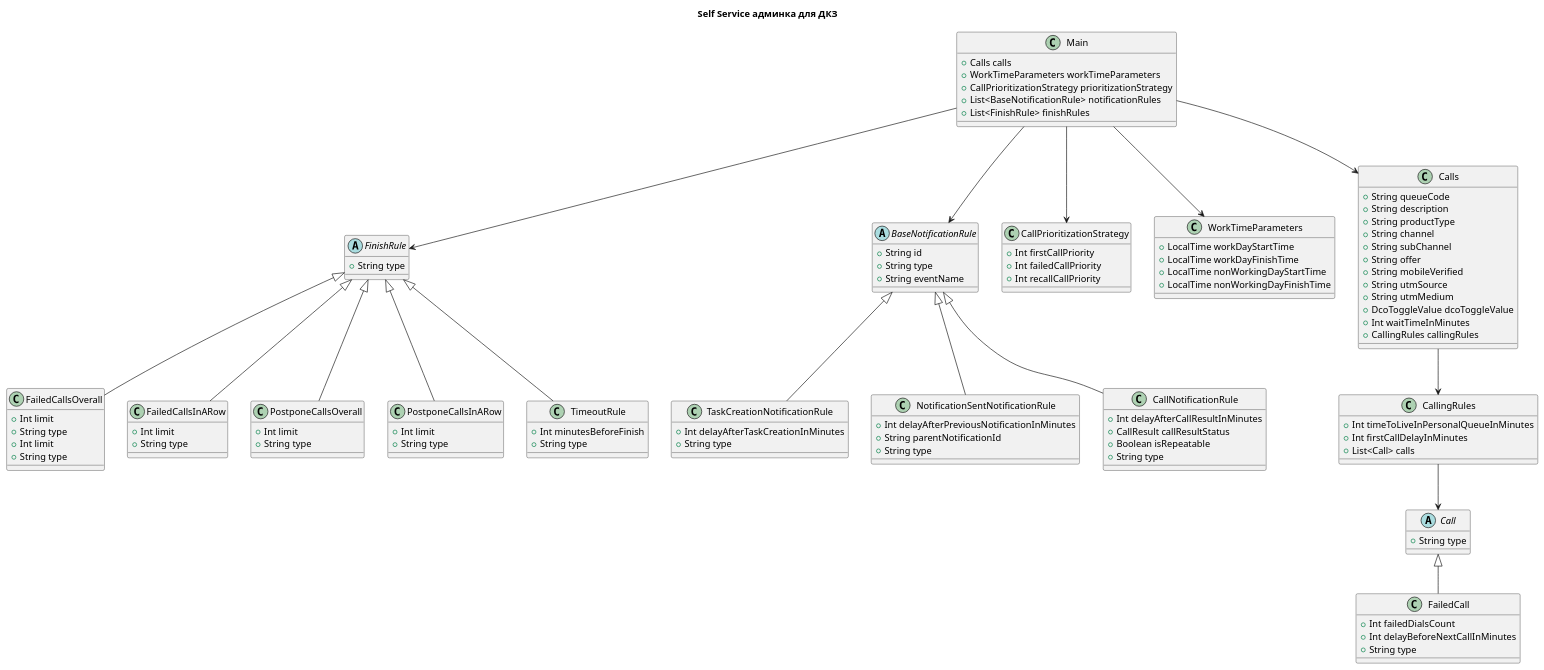
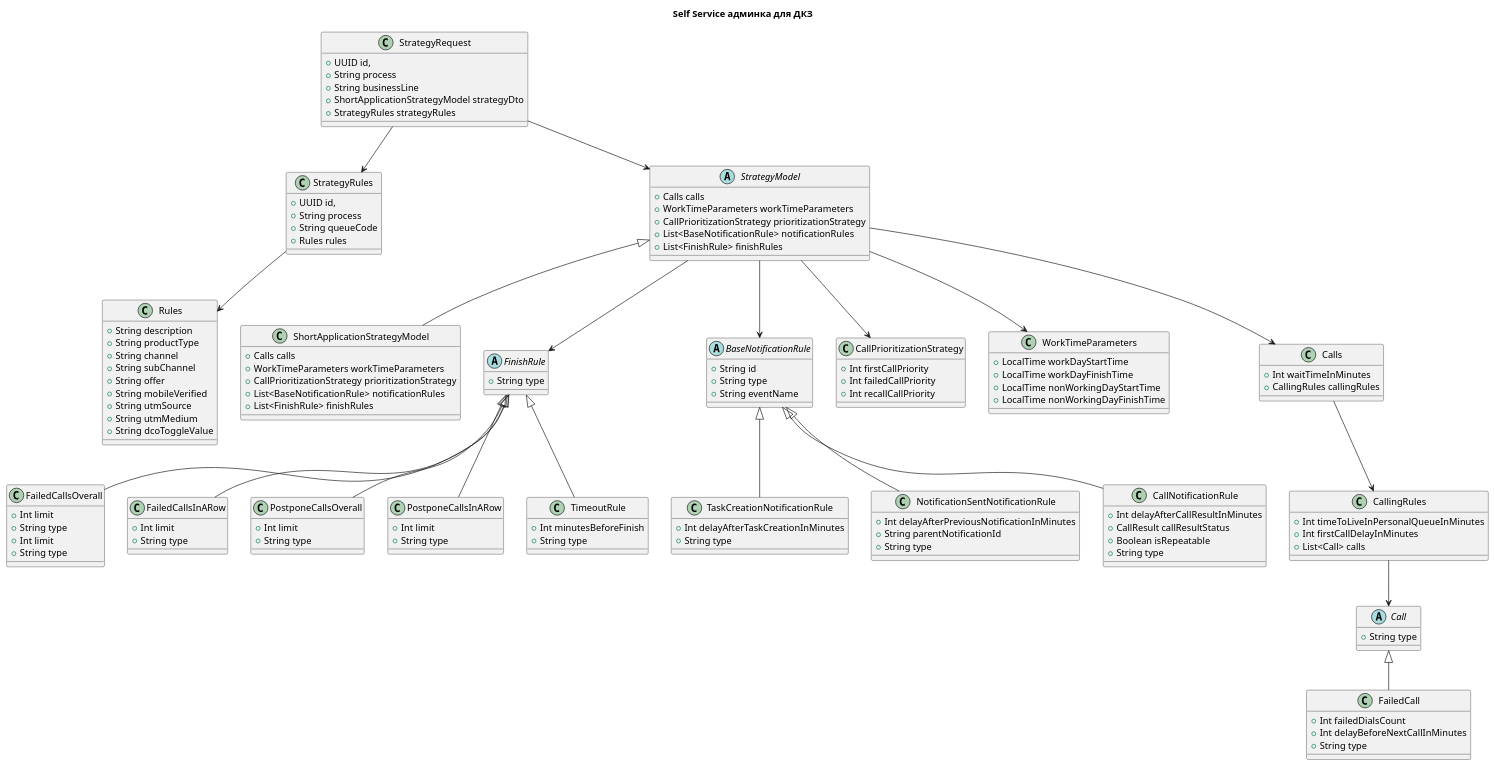
One commit to vladis62/yandex-asoftware-architect changed the diagram in sprint3/learning/DKZ_main.puml. Above: the diagram before and after it, drawn with PlantUML. The commit also changed 1 other file, not shown here.

```diff
--- a/sprint3/learning/DKZ_main.puml
+++ b/sprint3/learning/DKZ_main.puml
@@ -1,142 +1,173 @@
 @startuml
 title Self Service админка для ДКЗ
 
 top to bottom direction
 
 '!includeurl https://raw.githubusercontent.com/RicardoNiepel/C4-PlantUML/master/C4_Component.puml
 
-class Main {
+class StrategyRequest {
+    +UUID id,
+    +String process
+    +String businessLine
+    +ShortApplicationStrategyModel strategyDto
+    +StrategyRules strategyRules
+}
+
+class StrategyRules {
+  +UUID id,
+  +String process
+  +String queueCode
+  +Rules rules
+}
+
+class Rules {
+  +String description
+  +String productType
+  +String channel
+  +String subChannel
+  +String offer
+  +String mobileVerified
+  +String utmSource
+  +String utmMedium
+  +String dcoToggleValue
+}
+
+abstract class StrategyModel {
+    +Calls calls
+    +WorkTimeParameters workTimeParameters
+    +CallPrioritizationStrategy prioritizationStrategy
+    +List<BaseNotificationRule> notificationRules
+    +List<FinishRule> finishRules
+}
+
+class ShortApplicationStrategyModel {
     +Calls calls
     +WorkTimeParameters workTimeParameters
     +CallPrioritizationStrategy prioritizationStrategy
     +List<BaseNotificationRule> notificationRules
     +List<FinishRule> finishRules
 }
 
 abstract class FinishRule {
     +String type
 }
 
 class FailedCallsOverall {
     +Int limit
     +String type
 }
 
 class FailedCallsInARow {
     +Int limit
     +String type
 }
 
 class PostponeCallsOverall {
     +Int limit
     +String type
 }
 
 class PostponeCallsInARow {
     +Int limit
     +String type
 }
 
 class TimeoutRule {
     +Int minutesBeforeFinish
     +String type
 }
 
 class FailedCallsOverall {
     +Int limit
     +String type
 }
 
 abstract class BaseNotificationRule {
     +String id
     +String type
     +String eventName
 }
 
 class TaskCreationNotificationRule {
     +Int delayAfterTaskCreationInMinutes
     +String type
 }
 
 class NotificationSentNotificationRule {
     +Int delayAfterPreviousNotificationInMinutes
     +String parentNotificationId
     +String type
 }
 
 class CallNotificationRule {
     +Int delayAfterCallResultInMinutes
     +CallResult callResultStatus
     +Boolean isRepeatable
     +String type
 }
 
 
 class CallPrioritizationStrategy {
     +Int firstCallPriority
     +Int failedCallPriority
     +Int recallCallPriority
 }
 
 class WorkTimeParameters {
     +LocalTime workDayStartTime
     +LocalTime workDayFinishTime
     +LocalTime nonWorkingDayStartTime
     +LocalTime nonWorkingDayFinishTime
 }
 
 class Calls {
-  +String queueCode
-  +String description
-  +String productType
-  +String channel
-  +String subChannel
-  +String offer
-  +String mobileVerified
-  +String utmSource
-  +String utmMedium
-  +DcoToggleValue dcoToggleValue
   +Int waitTimeInMinutes
   +CallingRules callingRules
 }
 
 class CallingRules {
     +Int timeToLiveInPersonalQueueInMinutes
     +Int firstCallDelayInMinutes
     +List<Call> calls
 }
 
 abstract class Call {
     +String type
 }
 
 class FailedCall {
     +Int failedDialsCount
     +Int delayBeforeNextCallInMinutes
     +String type
 }
 
+StrategyRequest --> StrategyModel
+StrategyRequest --> StrategyRules
 
-Main --> Calls
-Main --> WorkTimeParameters
-Main --> CallPrioritizationStrategy
-Main --> BaseNotificationRule
-Main --> FinishRule
+StrategyRules --> Rules
+
+StrategyModel <|-- ShortApplicationStrategyModel
+
+StrategyModel --> Calls
+StrategyModel --> WorkTimeParameters
+StrategyModel --> CallPrioritizationStrategy
+StrategyModel --> BaseNotificationRule
+StrategyModel --> FinishRule
 
 BaseNotificationRule <|-- TaskCreationNotificationRule
 BaseNotificationRule <|-- NotificationSentNotificationRule
 BaseNotificationRule <|-- CallNotificationRule
 
 Calls --> CallingRules
 
 CallingRules --> Call
 Call <|-- FailedCall
 
 FinishRule <|-- FailedCallsOverall
 FinishRule <|-- FailedCallsInARow
 FinishRule <|-- PostponeCallsOverall
 FinishRule <|-- PostponeCallsInARow
 FinishRule <|-- TimeoutRule
 
 
 @enduml
```
